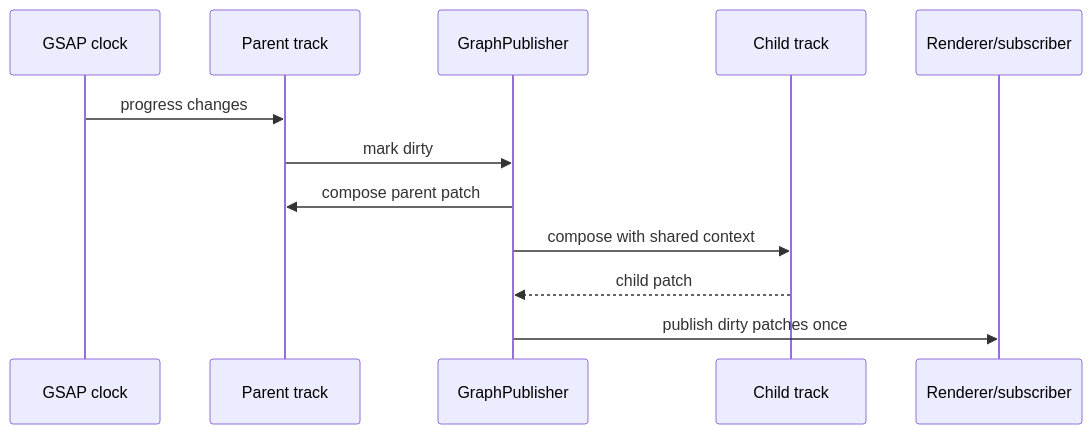
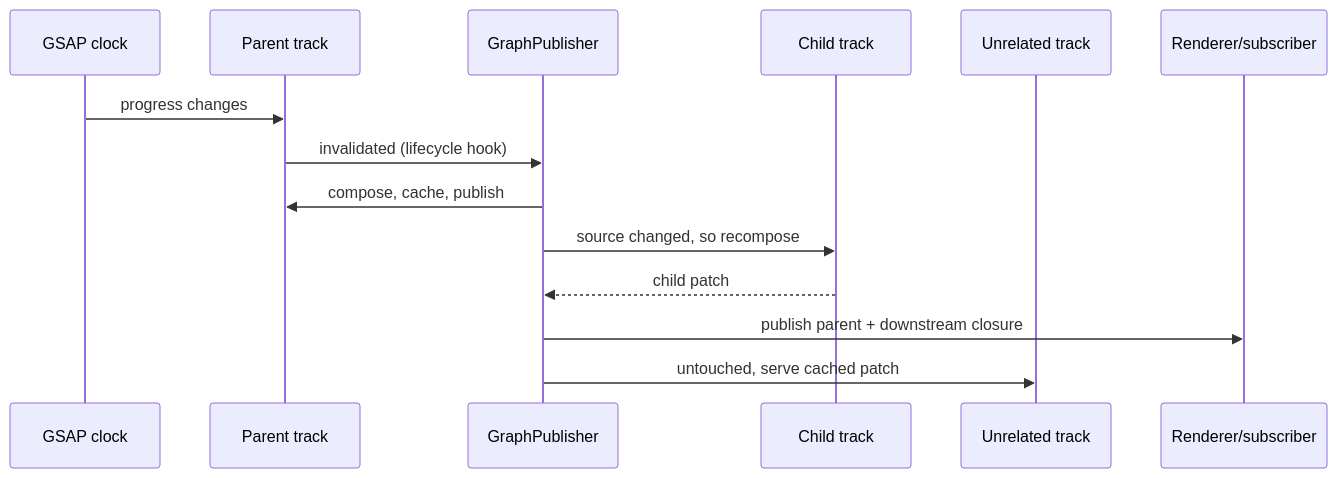
Before and after one commit to chahyasantoso/motionpath: the fourth of 5 diagrams in docs/RIG-GRAPH-ARCHITECTURE.md, drawn with Mermaid. The commit also changed other lines of this file and 3 other files, not shown here.

````diff
--- a/docs/RIG-GRAPH-ARCHITECTURE.md
+++ b/docs/RIG-GRAPH-ARCHITECTURE.md
@@ -73,15 +78,17 @@
 ```mermaid
 sequenceDiagram
   participant Clock as GSAP clock
-  participant Track as Parent track
+  participant Parent as Parent track
   participant Graph as GraphPublisher
   participant Child as Child track
+  participant Idle as Unrelated track
   participant View as Renderer/subscriber
 
-  Clock->>Track: progress changes
-  Track->>Graph: mark dirty
-  Graph->>Track: compose parent patch
-  Graph->>Child: compose with shared context
+  Clock->>Parent: progress changes
+  Parent->>Graph: invalidated (lifecycle hook)
+  Graph->>Parent: compose, cache, publish
+  Graph->>Child: source changed, so recompose
   Child-->>Graph: child patch
-  Graph->>View: publish dirty patches once
+  Graph->>View: publish parent + downstream closure
+  Graph->>Idle: untouched, serve cached patch
 ```
````
